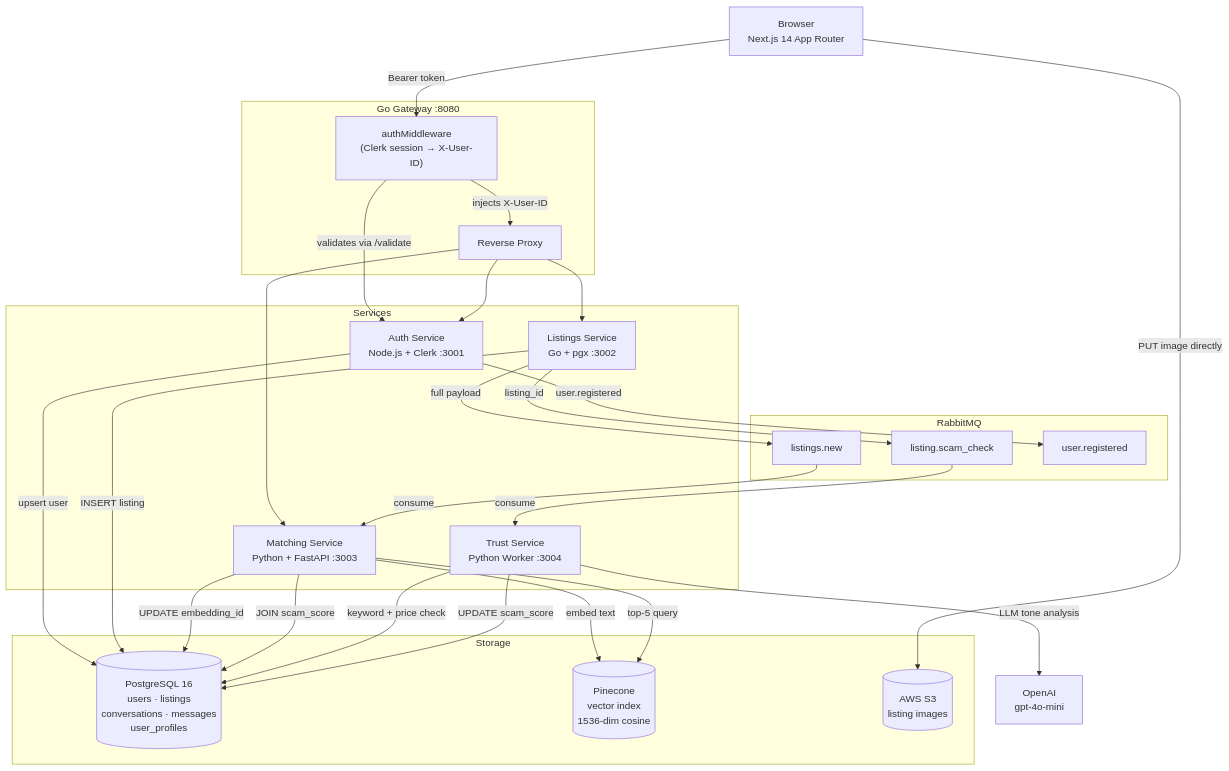
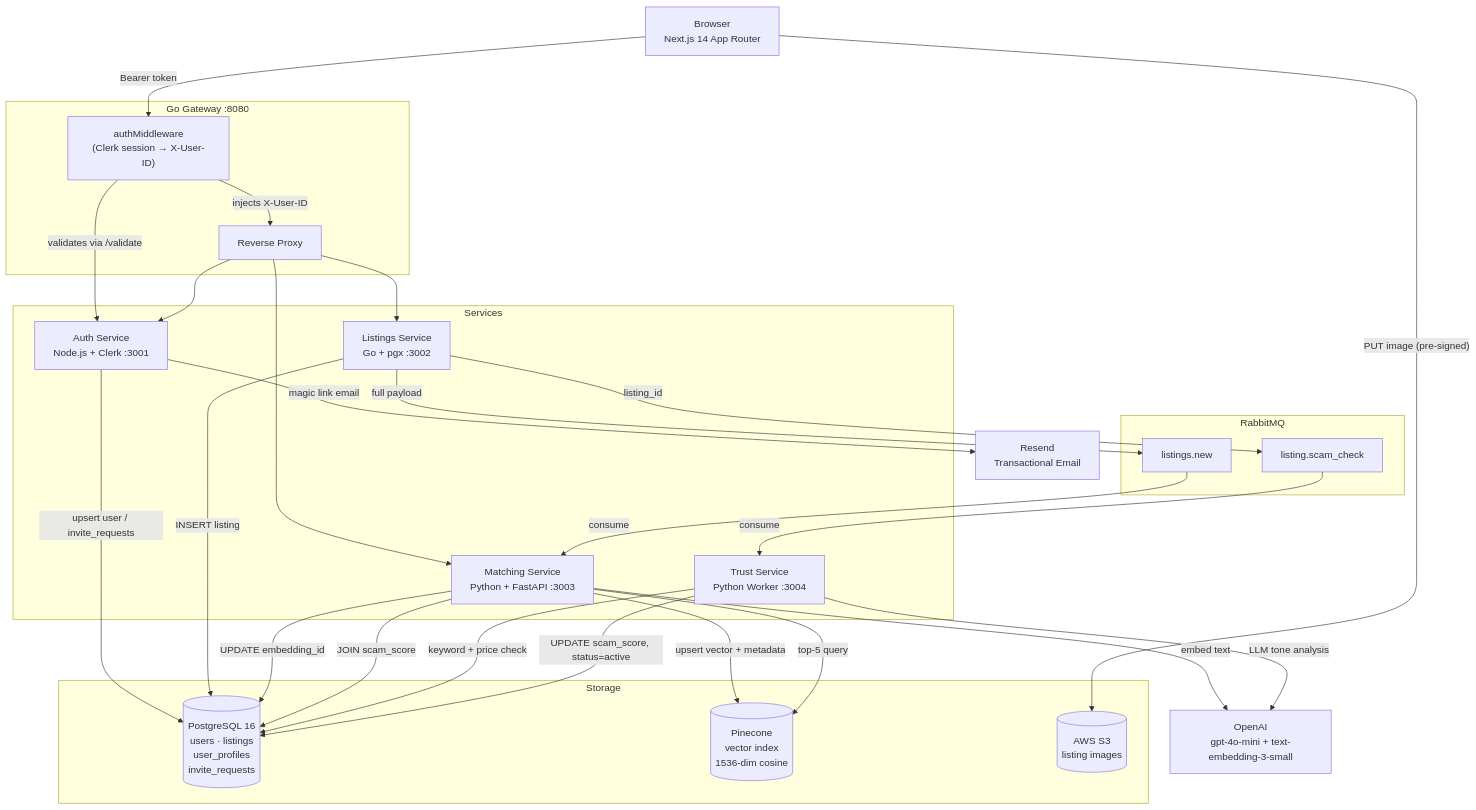
Before and after one commit to AarushPathak1/Subly: the diagram in README.md, drawn with Mermaid. The commit also changed other lines of this file, not shown here.

First line of the commit message:
docs: rewrite README to reflect current architecture and features

````diff
--- a/README.md
+++ b/README.md
@@ -9,55 +9,58 @@
 ```mermaid
 graph TD
     Browser["Browser\nNext.js 14 App Router"]
 
     subgraph Gateway["Go Gateway :8080"]
         AUTH_MW["authMiddleware\n(Clerk session → X-User-ID)"]
         PROXY["Reverse Proxy"]
     end
 
     subgraph Services
         AUTH["Auth Service\nNode.js + Clerk :3001"]
         LISTINGS["Listings Service\nGo + pgx :3002"]
         MATCHING["Matching Service\nPython + FastAPI :3003"]
         TRUST["Trust Service\nPython Worker :3004"]
     end
 
     subgraph Queues["RabbitMQ"]
         Q1["listings.new"]
         Q2["listing.scam_check"]
-        Q3["user.registered"]
     end
 
     subgraph Storage
-        PG[("PostgreSQL 16\nusers · listings\nconversations · messages\nuser_profiles")]
+        PG[("PostgreSQL 16\nusers · listings\nuser_profiles\ninvite_requests")]
         PINECONE[("Pinecone\nvector index\n1536-dim cosine")]
         S3[("AWS S3\nlisting images")]
     end
+
+    RESEND["Resend\nTransactional Email"]
+    OPENAI["OpenAI\ngpt-4o-mini + text-embedding-3-small"]
 
     Browser -->|"Bearer token"| AUTH_MW
     AUTH_MW -->|"validates via /validate"| AUTH
     AUTH_MW -->|"injects X-User-ID"| PROXY
     PROXY --> AUTH
     PROXY --> LISTINGS
     PROXY --> MATCHING
 
-    AUTH -->|"upsert user"| PG
-    AUTH -->|"user.registered"| Q3
+    AUTH -->|"upsert user / invite_requests"| PG
+    AUTH -->|"magic link email"| RESEND
 
     LISTINGS -->|"INSERT listing"| PG
     LISTINGS -->|"full payload"| Q1
     LISTINGS -->|"listing_id"| Q2
 
     Q1 -->|"consume"| MATCHING
-    MATCHING -->|"embed text"| PINECONE
+    MATCHING -->|"embed text"| OPENAI
+    MATCHING -->|"upsert vector + metadata"| PINECONE
     MATCHING -->|"UPDATE embedding_id"| PG
     MATCHING -->|"top-5 query"| PINECONE
     MATCHING -->|"JOIN scam_score"| PG
 
     Q2 -->|"consume"| TRUST
     TRUST -->|"keyword + price check"| PG
-    TRUST -->|"LLM tone analysis"| OPENAI["OpenAI\ngpt-4o-mini"]
-    TRUST -->|"UPDATE scam_score"| PG
+    TRUST -->|"LLM tone analysis"| OPENAI
+    TRUST -->|"UPDATE scam_score, status=active"| PG
 
-    Browser -->|"PUT image directly"| S3
+    Browser -->|"PUT image (pre-signed)"| S3
 ```
````
